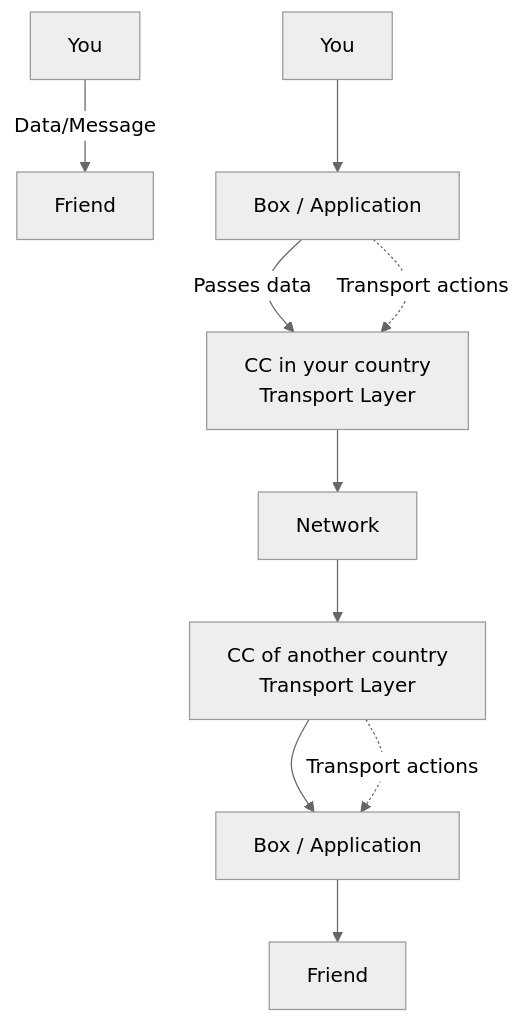
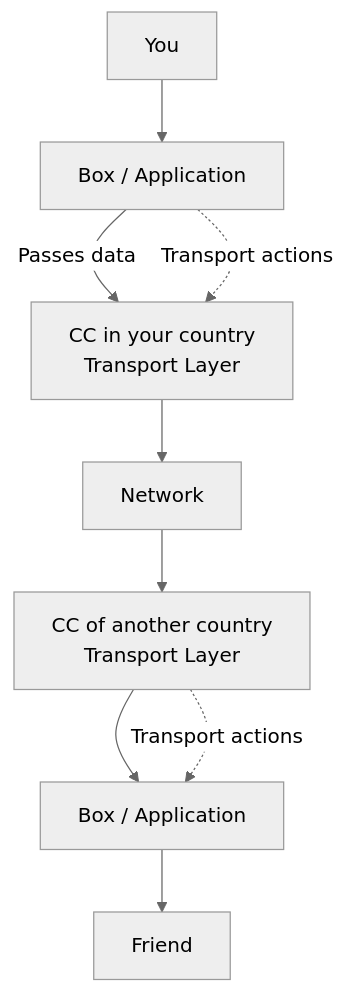
One commit to aswath0001/Internet-Networking changed the third of 3 diagrams in 5.md. Above: the diagram before and after it, drawn with Mermaid (neutral theme).

````diff
--- a/5.md
+++ b/5.md
@@ -33,19 +33,17 @@
 ```mermaid
 graph TD
-    %% Top Level Entities
-    You[You] -->|Data/Message| Friend[Friend]
-
+   
     %% Detailed Process Flow
     SubYou["You"] --> Box1[Box / Application]
     Box1 -->|Passes data| TransYou[CC in your country <br/> Transport Layer]
     
     TransYou --> Network[Network]
 
     Network --> TransFriend[CC of another country <br/> Transport Layer]
     TransFriend --> Box2[Box / Application]
     Box2 --> Friend2[Friend]
 
     %% Styling connections
     Box1 -.->|Transport actions| TransYou
     TransFriend -.->|Transport actions| Box2
 ```
````
